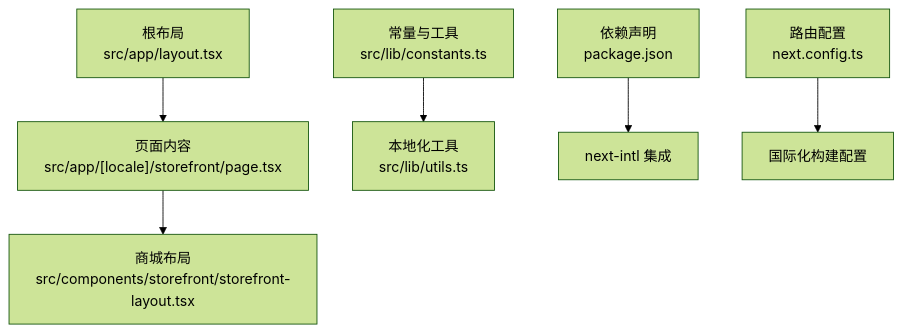
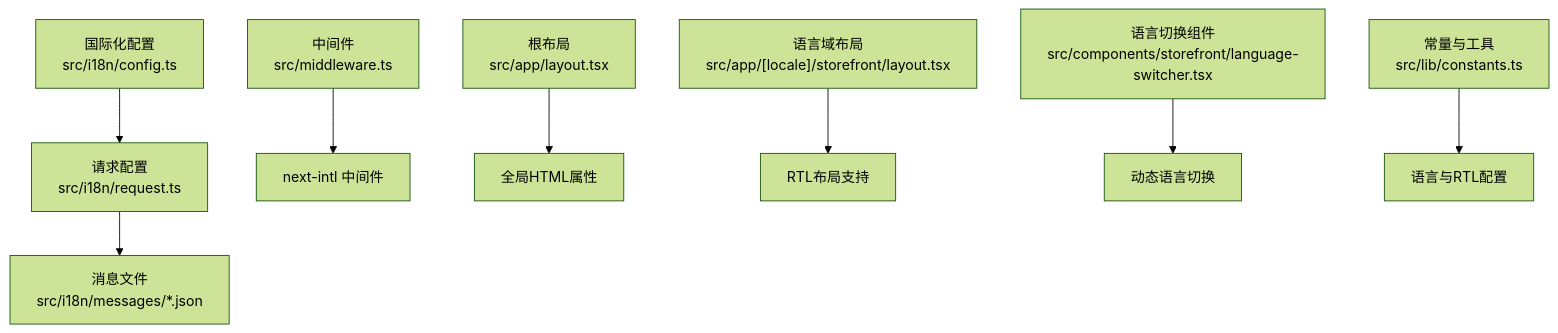
Before and after one commit to three3638-arch/celestia_2b: the first of 8 diagrams in .qoder/repowiki/zh/content/国际化系统/国际化系统.md, drawn with Mermaid (forest theme). The commit also changed other lines of this file and 17 other files, not shown here.

````diff
--- a/.qoder/repowiki/zh/content/国际化系统/国际化系统.md
+++ b/.qoder/repowiki/zh/content/国际化系统/国际化系统.md
@@ -44,8 +56,10 @@
 ```mermaid
 graph TB
-A["根布局<br/>src/app/layout.tsx"] --> B["页面内容<br/>src/app/[locale]/storefront/page.tsx"]
-B --> C["商城布局<br/>src/components/storefront/storefront-layout.tsx"]
-D["常量与工具<br/>src/lib/constants.ts"] --> E["本地化工具<br/>src/lib/utils.ts"]
-F["依赖声明<br/>package.json"] --> G["next-intl 集成"]
-H["路由配置<br/>next.config.ts"] --> I["国际化构建配置"]
+A["国际化配置<br/>src/i18n/config.ts"] --> B["请求配置<br/>src/i18n/request.ts"]
+B --> C["消息文件<br/>src/i18n/messages/*.json"]
+D["中间件<br/>src/middleware.ts"] --> E["next-intl 中间件"]
+F["根布局<br/>src/app/layout.tsx"] --> G["全局HTML属性"]
+H["语言域布局<br/>src/app/[locale]/storefront/layout.tsx"] --> I["RTL布局支持"]
+J["语言切换组件<br/>src/components/storefront/language-switcher.tsx"] --> K["动态语言切换"]
+L["常量与工具<br/>src/lib/constants.ts"] --> M["语言与RTL配置"]
 ```
````
